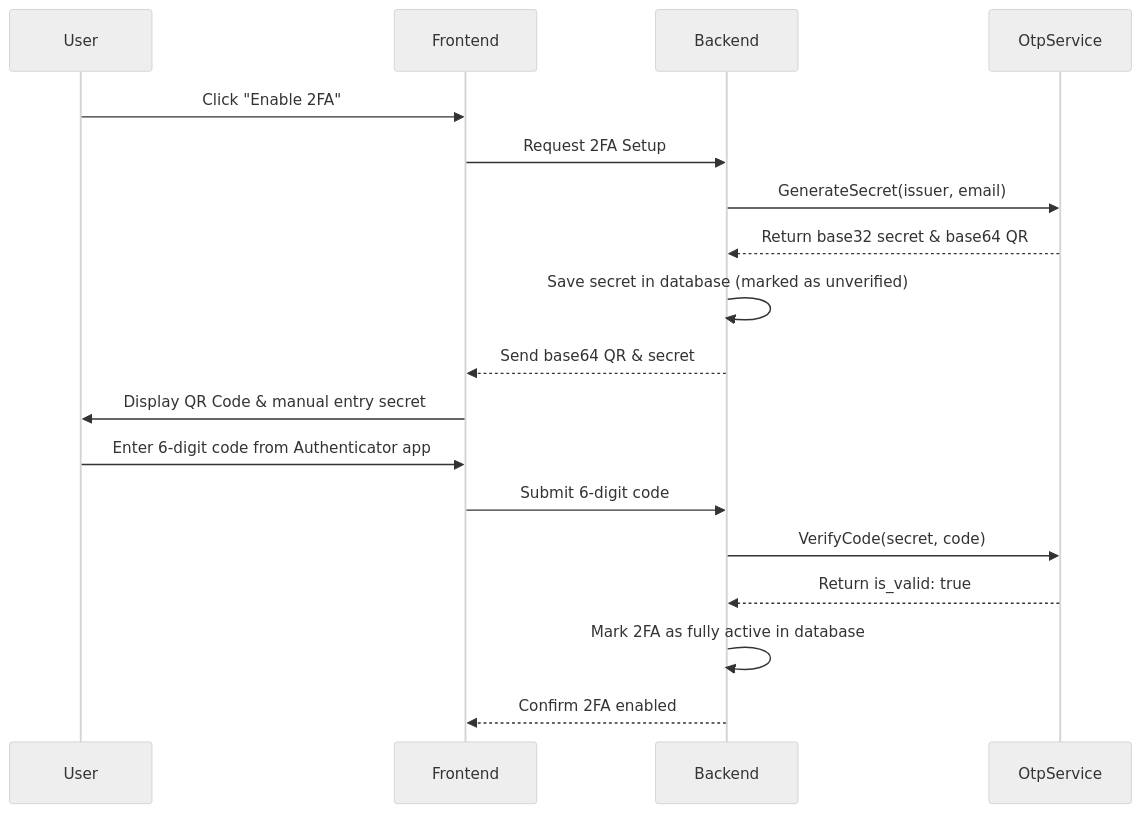
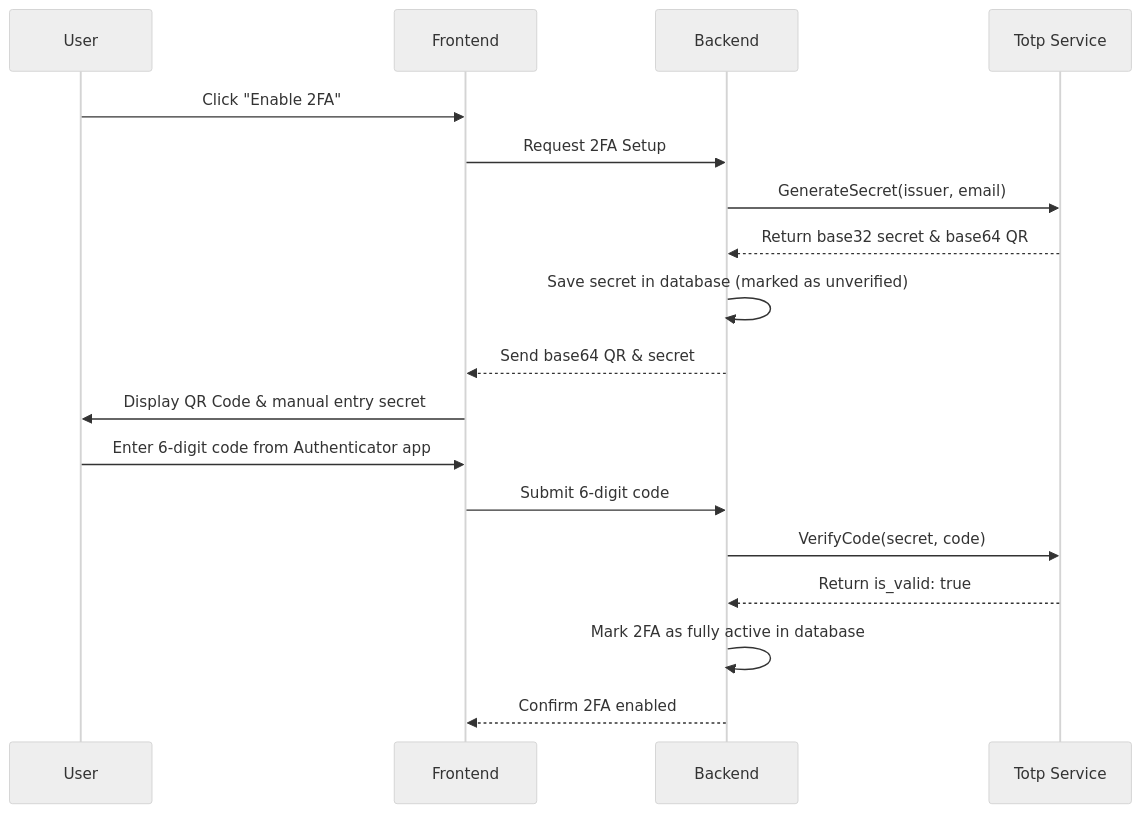
Before and after one commit to ndri-nr/rust-grpc-totp: the first of 2 diagrams in README.md, drawn with Mermaid (neutral theme). The commit also changed other lines of this file, not shown here.

Commit message:
docs: rename OtpService to Totp Service in README sequence diagrams

````diff
--- a/README.md
+++ b/README.md
@@ -175,20 +175,20 @@
 ```mermaid
 sequenceDiagram
     participant User
     participant Frontend
     participant Backend
-    participant OtpService
+    participant Totp Service
     User->>Frontend: Click "Enable 2FA"
     Frontend->>Backend: Request 2FA Setup
-    Backend->>OtpService: GenerateSecret(issuer, email)
-    OtpService-->>Backend: Return base32 secret & base64 QR
+    Backend->>Totp Service: GenerateSecret(issuer, email)
+    Totp Service-->>Backend: Return base32 secret & base64 QR
     Backend->>Backend: Save secret in database (marked as unverified)
     Backend-->>Frontend: Send base64 QR & secret
     Frontend->>User: Display QR Code & manual entry secret
     User->>Frontend: Enter 6-digit code from Authenticator app
     Frontend->>Backend: Submit 6-digit code
-    Backend->>OtpService: VerifyCode(secret, code)
-    OtpService-->>Backend: Return is_valid: true
+    Backend->>Totp Service: VerifyCode(secret, code)
+    Totp Service-->>Backend: Return is_valid: true
     Backend->>Backend: Mark 2FA as fully active in database
     Backend-->>Frontend: Confirm 2FA enabled
 ```
````
